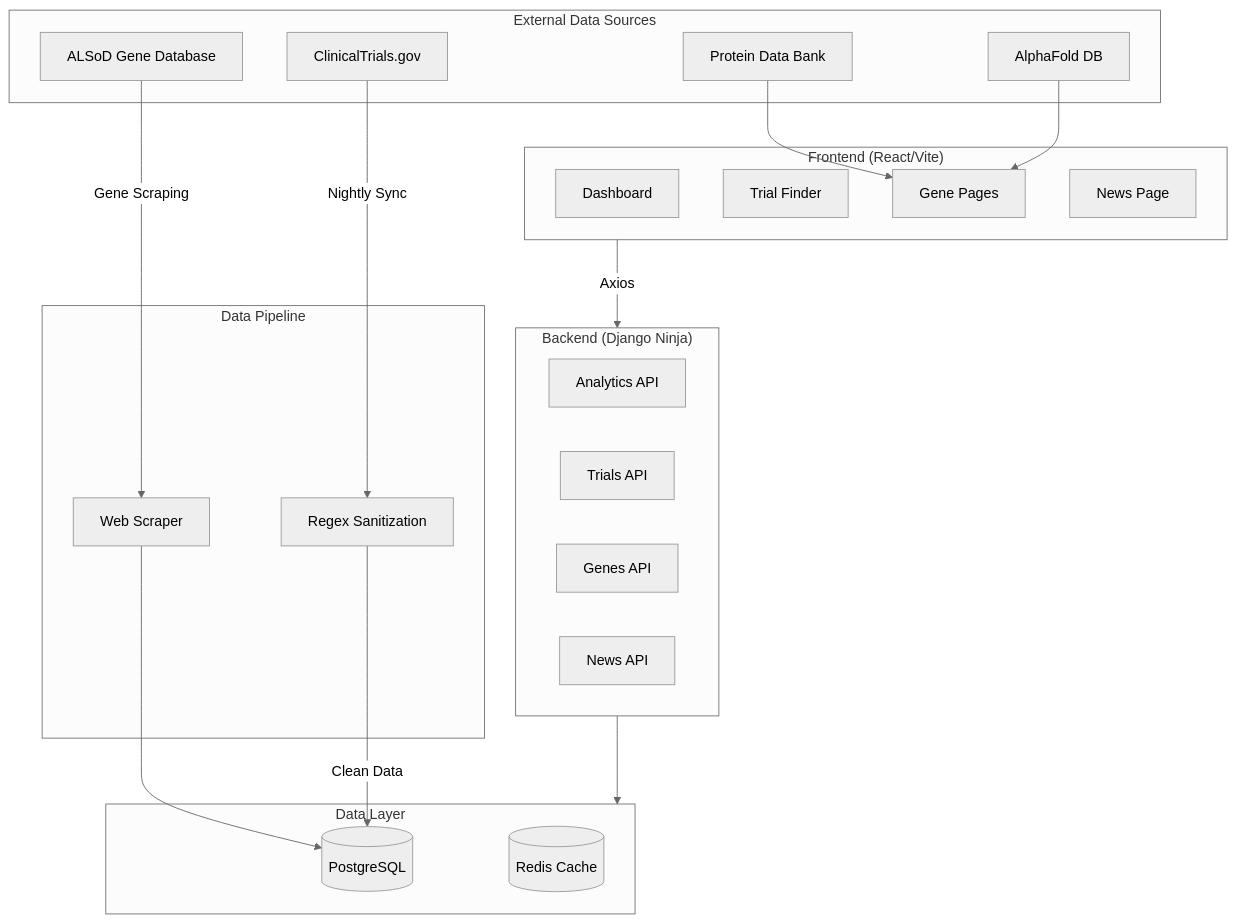
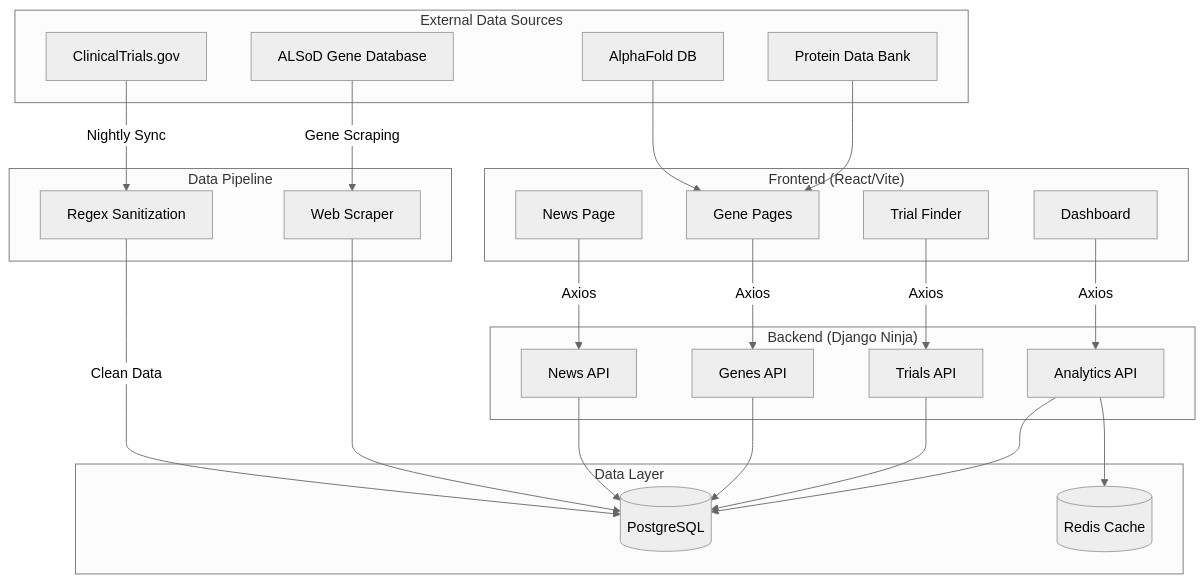
Before and after one commit to tuckthomas/ALS-FTD-Dashboard: the diagram in README.md, drawn with Mermaid (neutral theme).

Commit message:
Update README: Fix Mermaid diagram and add Support section
- Added 'Support ALS Research' and contact info section
- Fixed Mermaid architecture diagram by replacing unsupported subgraph links with explicit node-to-node connections
- Renamed subgraphs to avoid ID conflicts

````diff
--- a/README.md
+++ b/README.md
@@ -29,42 +29,56 @@
 ```mermaid
 flowchart TB
-    subgraph Frontend["Frontend (React/Vite)"]
+    subgraph FrontendGroup["Frontend (React/Vite)"]
         Dashboard[Dashboard]
         TrialFinder[Trial Finder]
         GenePages[Gene Pages]
         NewsPage[News Page]
     end
 
-    subgraph Backend["Backend (Django Ninja)"]
+    subgraph BackendGroup["Backend (Django Ninja)"]
         AnalyticsAPI[Analytics API]
         TrialsAPI[Trials API]
         GenesAPI[Genes API]
         NewsAPI[News API]
     end
 
-    subgraph DataLayer["Data Layer"]
+    subgraph DataLayerGroup["Data Layer"]
         PostgreSQL[(PostgreSQL)]
         Redis[(Redis Cache)]
     end
 
-    subgraph External["External Data Sources"]
+    subgraph ExternalGroup["External Data Sources"]
         ClinicalTrials[ClinicalTrials.gov]
         ALSoD[ALSoD Gene Database]
         PDB[Protein Data Bank]
         AlphaFold[AlphaFold DB]
     end
 
-    subgraph Pipeline["Data Pipeline"]
+    subgraph PipelineGroup["Data Pipeline"]
         Sanitizer[Regex Sanitization]
         Scraper[Web Scraper]
     end
 
-    Frontend -->|Axios| Backend
-    Backend --> DataLayer
+    %% Frontend to Backend
+    Dashboard -->|Axios| AnalyticsAPI
+    TrialFinder -->|Axios| TrialsAPI
+    GenePages -->|Axios| GenesAPI
+    NewsPage -->|Axios| NewsAPI
+
+    %% Backend to Data Layer
+    AnalyticsAPI --> PostgreSQL
+    AnalyticsAPI --> Redis
+    TrialsAPI --> PostgreSQL
+    GenesAPI --> PostgreSQL
+    NewsAPI --> PostgreSQL
+
+    %% Pipeline Flows
     ClinicalTrials -->|Nightly Sync| Sanitizer
     ALSoD -->|Gene Scraping| Scraper
     Scraper --> PostgreSQL
     Sanitizer -->|Clean Data| PostgreSQL
+    
+    %% External Integrations
     PDB --> GenePages
     AlphaFold --> GenePages
 ```
````
